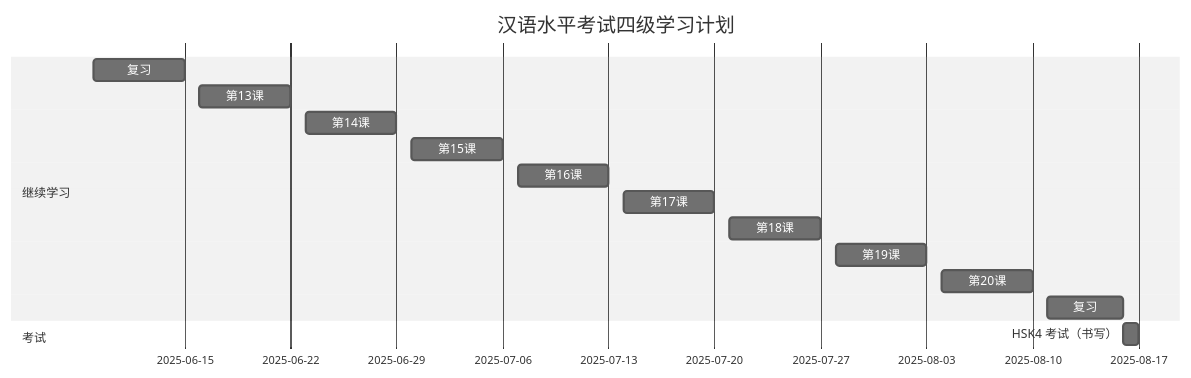
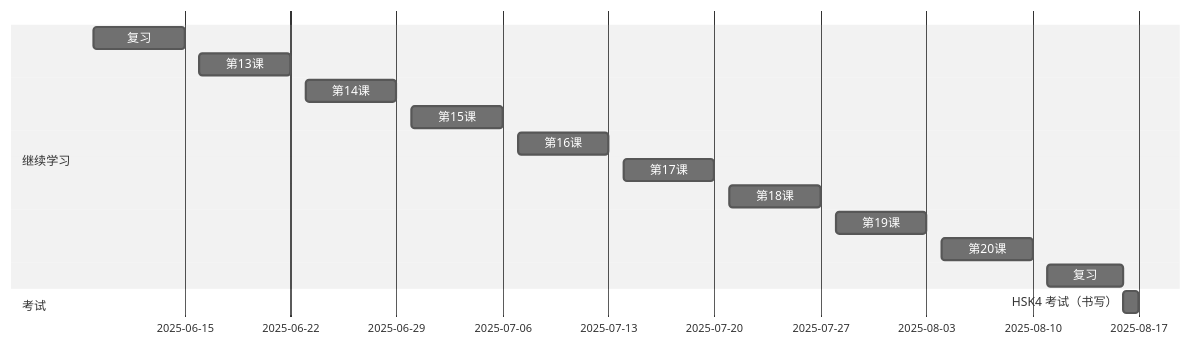
The diagram in Chinese/HSK4/HSK4计划.md (MoisesAdame/obsidian-notes), drawn with Mermaid (neutral theme) before and after one commit.

Commit message:
vault backup: 2025-06-09 21:35:53

````diff
--- a/Chinese/HSK4/HSK4计划.md
+++ b/Chinese/HSK4/HSK4计划.md
@@ -7,20 +7,19 @@
 ```mermaid
 gantt
-    title 汉语水平考试四级学习计划
     dateFormat YYYY-MM-DD
     
     section 继续学习
 	复习   : 2025-06-09, 2025-06-15
     第13课 : 2025-06-16, 2025-06-22
     第14课 : 2025-06-23, 2025-06-29
     第15课 : 2025-06-30, 2025-07-06
     第16课 : 2025-07-07, 2025-07-13
     第17课 : 2025-07-14, 2025-07-20
     第18课 : 2025-07-21, 2025-07-27
     第19课 : 2025-07-28, 2025-08-03
     第20课 : 2025-08-04, 2025-08-10
     复习   : 2025-08-11, 2025-08-16
     
 	section 考试
     HSK4 考试（书写） : 2025-08-16, 2025-08-17
 ```
````
